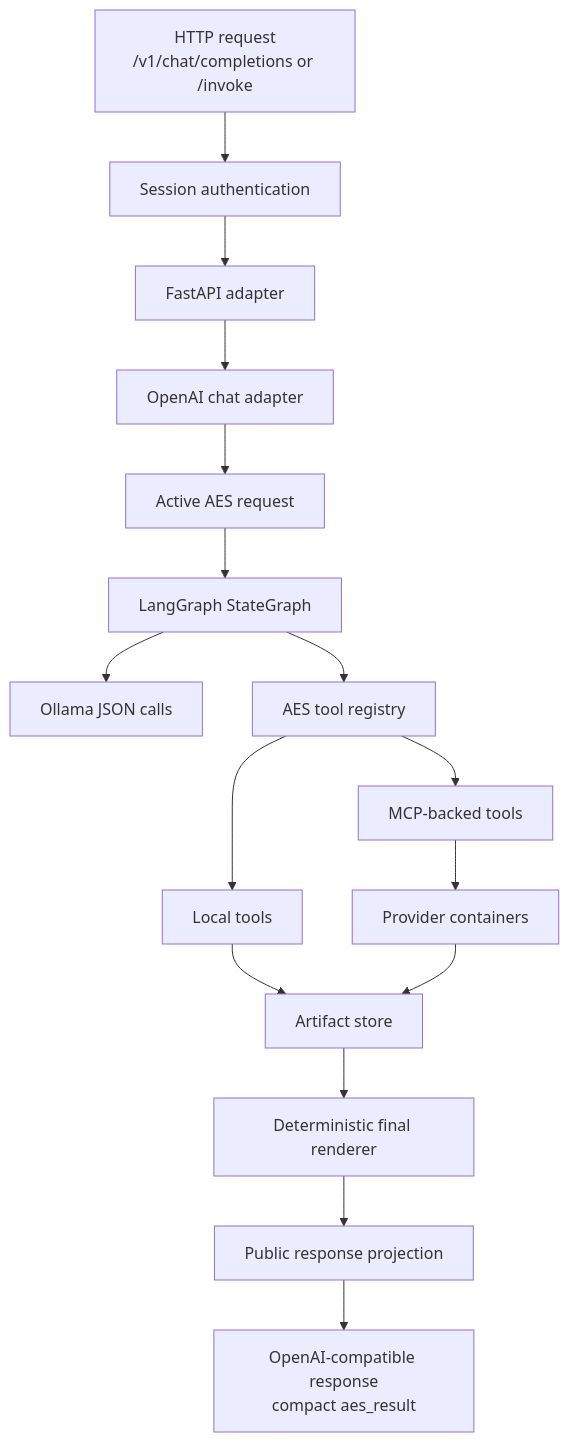
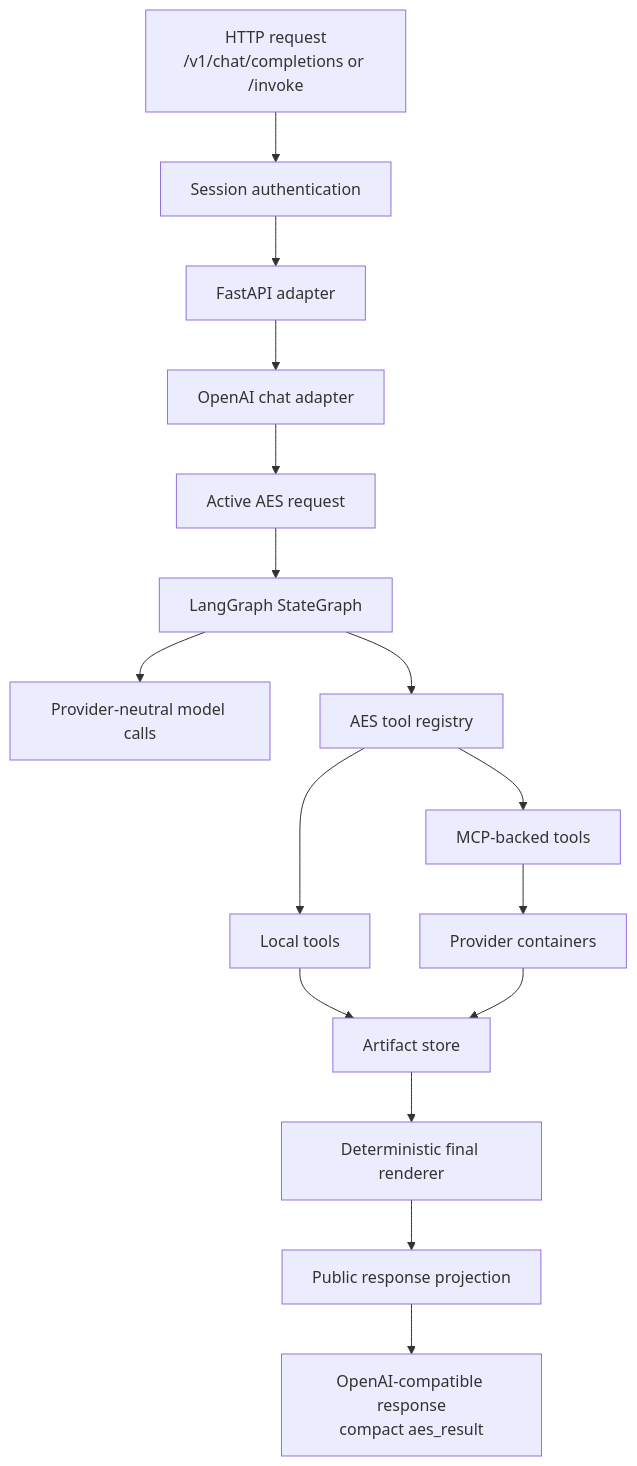
The first of 9 diagrams in langgraph/architecture.md (RadmirG/AES), drawn with Mermaid before and after one commit. The commit also changed other lines of this file and 26 other files, not shown here.

````diff
--- a/langgraph/architecture.md
+++ b/langgraph/architecture.md
@@ -8,18 +8,18 @@
 ```mermaid
 flowchart TD
     A["HTTP request<br/>/v1/chat/completions or /invoke"] --> AUTH["Session authentication"]
     AUTH --> B["FastAPI adapter"]
     B --> C["OpenAI chat adapter"]
     C --> D["Active AES request"]
     D --> E["LangGraph StateGraph"]
-    E --> F["Ollama JSON calls"]
+    E --> F["Provider-neutral model calls"]
     E --> G["AES tool registry"]
     G --> H["MCP-backed tools"]
     G --> I["Local tools"]
     H --> J["Provider containers"]
     I --> K["Artifact store"]
     J --> K
     K --> L["Deterministic final renderer"]
     L --> P["Public response projection"]
     P --> M["OpenAI-compatible response<br/>compact aes_result"]
 ```
````
